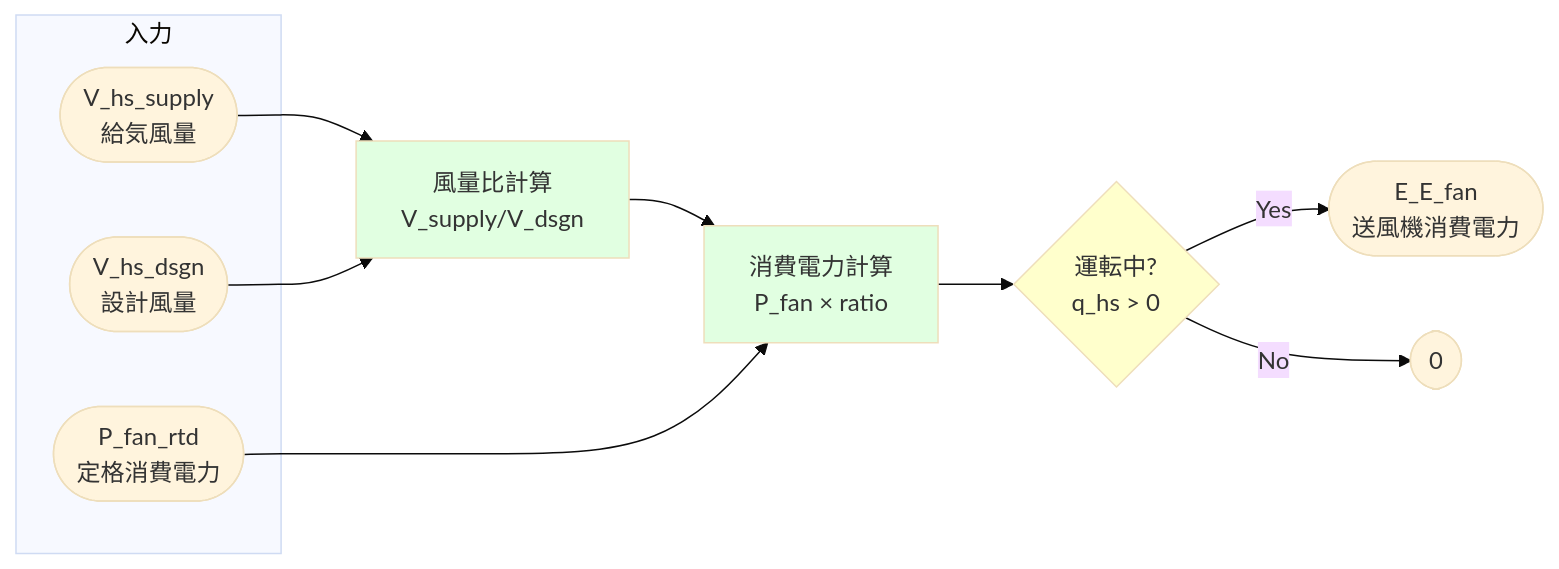
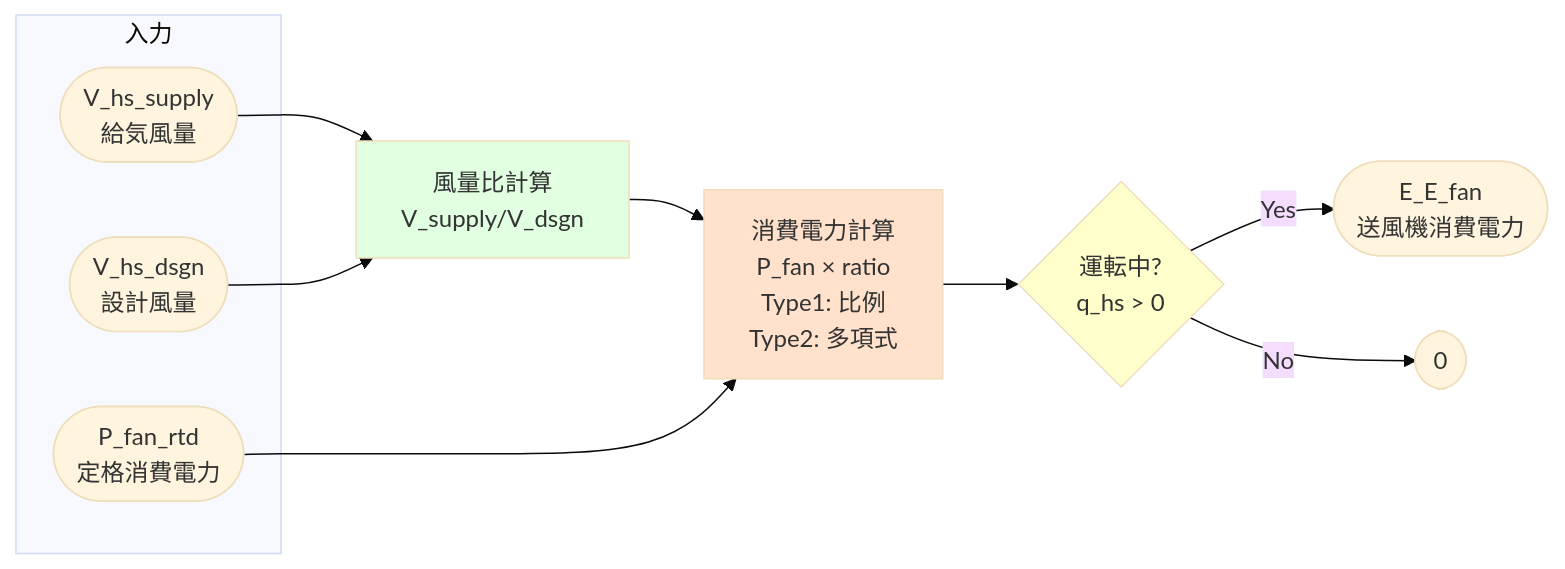
Before and after one commit to izumi-system-development/pyhees-jjj: the fifth of 6 diagrams in src/docs/プロセスモデル_消費電力計算_標準.md, drawn with Mermaid (base theme). The commit also changed other lines of this file, not shown here.

````diff
--- a/src/docs/プロセスモデル_消費電力計算_標準.md
+++ b/src/docs/プロセスモデル_消費電力計算_標準.md
@@ -346,24 +373,24 @@
 ```mermaid
 flowchart LR
 
 subgraph 入力
     V([V_hs_supply<br/>給気風量])
     V_dsgn([V_hs_dsgn<br/>設計風量])
     P([P_fan_rtd<br/>定格消費電力])
 end
 
 V --> Ratio[風量比計算<br/>V_supply/V_dsgn]
 V_dsgn --> Ratio
 
-Ratio --> Power[消費電力計算<br/>P_fan × ratio]
+Ratio --> Power[消費電力計算<br/>P_fan × ratio<br/>Type1: 比例<br/>Type2: 多項式]
 P --> Power
 
 Power --> Check{運転中?<br/>q_hs > 0}
 
 Check -->|Yes| Result([E_E_fan<br/>送風機消費電力])
 Check -->|No| Zero([0])
 
 style Ratio fill:#e1ffe1
-style Power fill:#e1ffe1
+style Power fill:#ffe1cc
 style Check fill:#ffffcc
 ```
````
